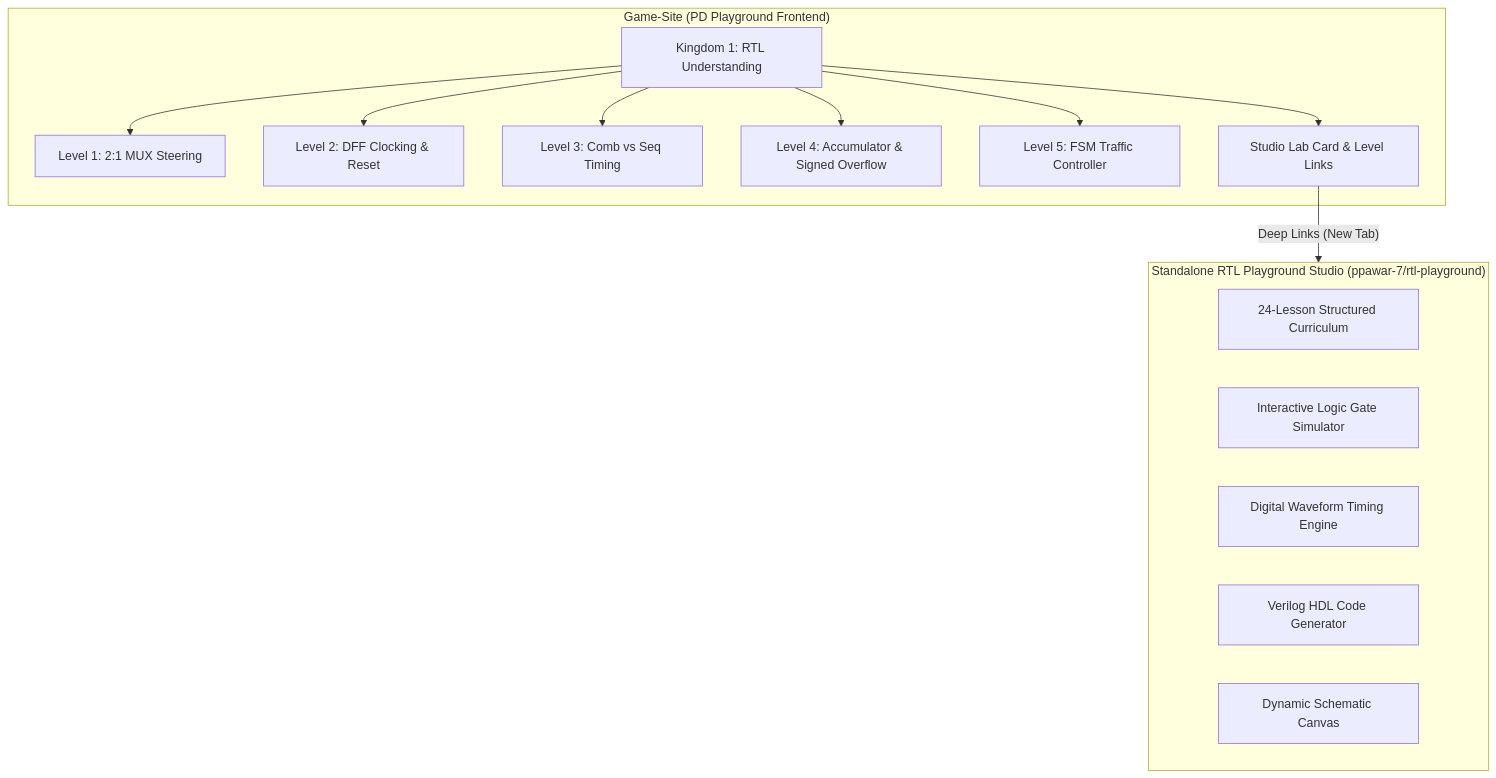
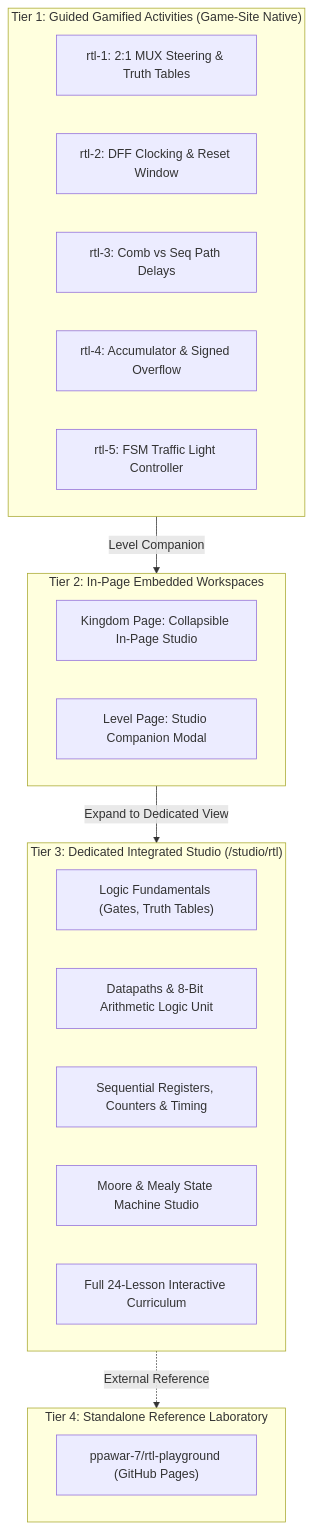
Before and after one commit to ppawar-7/cts-studio-preview: the diagram in RTL_INTEGRATION.md, drawn with Mermaid. The commit also changed other lines of this file and 59 other files, not shown here.

Commit message:
feat: native offline studio embedding, student design sanity checks, and 26-check verification matrix

````diff
--- a/RTL_INTEGRATION.md
+++ b/RTL_INTEGRATION.md
@@ -9,25 +11,31 @@
 ```mermaid
 flowchart TD
-    subgraph Game_Site ["Game-Site (PD Playground Frontend)"]
-        RTL_K["Kingdom 1: RTL Understanding"]
-        L1["Level 1: 2:1 MUX Steering"]
-        L2["Level 2: DFF Clocking & Reset"]
-        L3["Level 3: Comb vs Seq Timing"]
-        L4["Level 4: Accumulator & Signed Overflow"]
-        L5["Level 5: FSM Traffic Controller"]
-        
-        Bridge["Studio Lab Card & Level Links"]
+    subgraph Tier1 ["Tier 1: Guided Gamified Activities (Game-Site Native)"]
+        L1["rtl-1: 2:1 MUX Steering & Truth Tables"]
+        L2["rtl-2: DFF Clocking & Reset Window"]
+        L3["rtl-3: Comb vs Seq Path Delays"]
+        L4["rtl-4: Accumulator & Signed Overflow"]
+        L5["rtl-5: FSM Traffic Light Controller"]
     end
 
-    subgraph RTL_Studio ["Standalone RTL Playground Studio (ppawar-7/rtl-playground)"]
-        Lessons["24-Lesson Structured Curriculum"]
-        Sim["Interactive Logic Gate Simulator"]
-        Wave["Digital Waveform Timing Engine"]
-        HDL["Verilog HDL Code Generator"]
-        Schem["Dynamic Schematic Canvas"]
+    subgraph Tier2 ["Tier 2: In-Page Embedded Workspaces"]
+        InlineK["Kingdom Page: Collapsible In-Page Studio"]
+        ModalL["Level Page: Studio Companion Modal"]
     end
 
-    RTL_K --> L1 & L2 & L3 & L4 & L5
-    RTL_K --> Bridge
-    Bridge -->|"Deep Links (New Tab)"| RTL_Studio
+    subgraph Tier3 ["Tier 3: Dedicated Integrated Studio (/studio/rtl)"]
+        F1["Logic Fundamentals (Gates, Truth Tables)"]
+        F2["Datapaths & 8-Bit Arithmetic Logic Unit"]
+        F3["Sequential Registers, Counters & Timing"]
+        F4["Moore & Mealy State Machine Studio"]
+        F5["Full 24-Lesson Interactive Curriculum"]
+    end
+
+    subgraph Tier4 ["Tier 4: Standalone Reference Laboratory"]
+        Ext["ppawar-7/rtl-playground (GitHub Pages)"]
+    end
+
+    Tier1 -->|"Level Companion"| Tier2
+    Tier2 -->|"Expand to Dedicated View"| Tier3
+    Tier3 -.->|"External Reference"| Tier4
 ```
````
